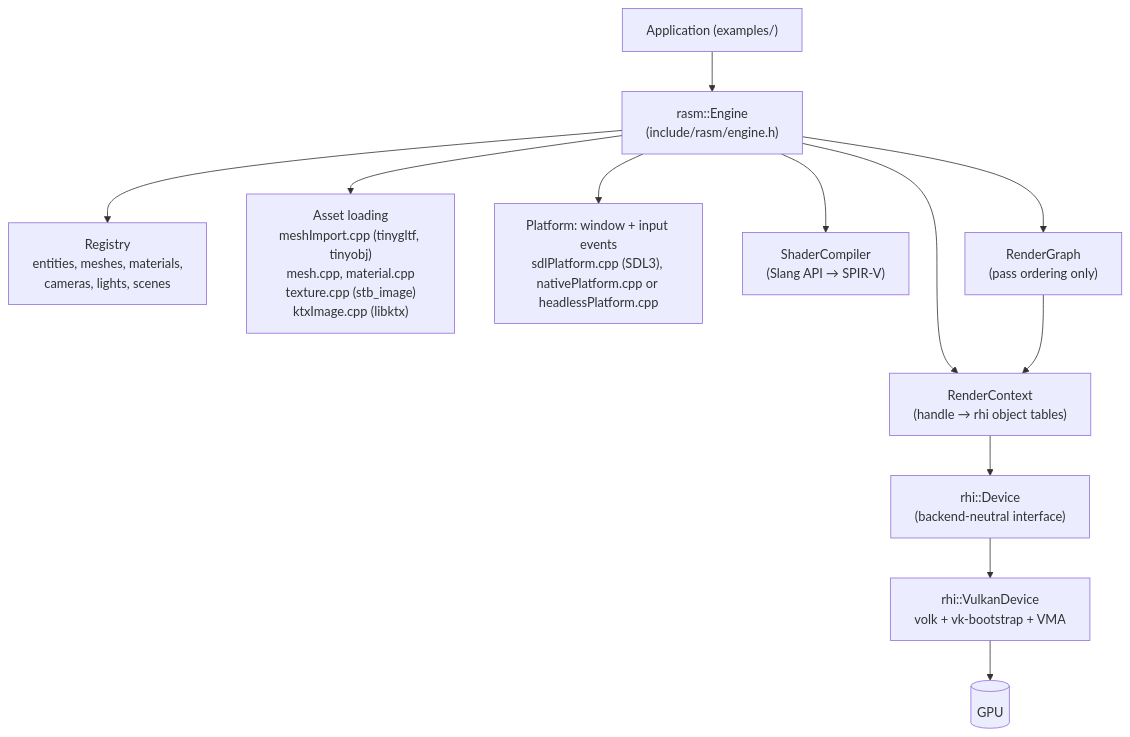
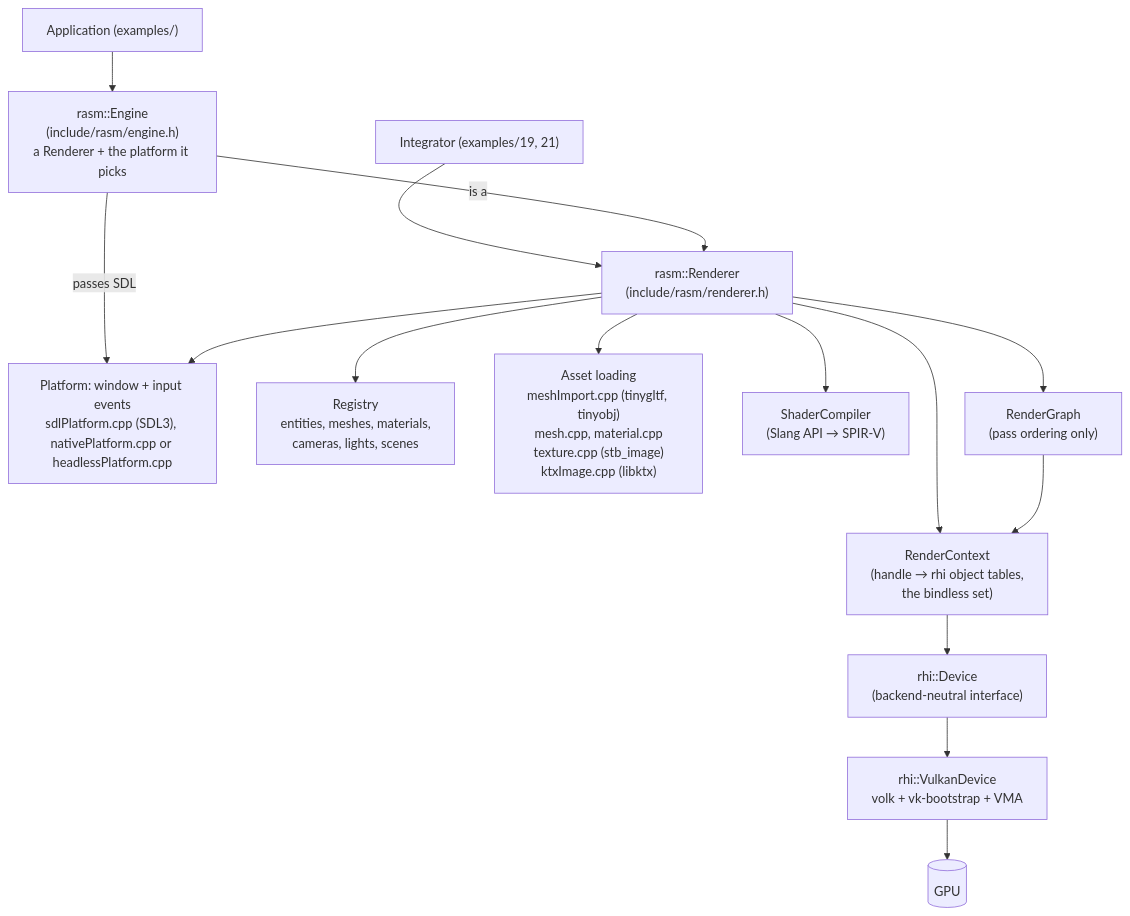
Before and after one commit to adel-elmala/rasm: the first of 3 diagrams in docs/architecture.md, drawn with Mermaid. The commit also changed other lines of this file and 143 other files, not shown here.

First line of the commit message:
feat: rasm::Renderer, the renderer without Engine (D3) (#91)

````diff
--- a/docs/architecture.md
+++ b/docs/architecture.md
@@ -9,14 +9,17 @@
 ```mermaid
 flowchart TD
-    App["Application (examples/)"] --> Engine["rasm::Engine<br/>(include/rasm/engine.h)"]
-    Engine --> Registry["Registry<br/>entities, meshes, materials,<br/>cameras, lights, scenes"]
-    Engine --> Assets["Asset loading<br/>meshImport.cpp (tinygltf, tinyobj)<br/>mesh.cpp, material.cpp<br/>texture.cpp (stb_image)<br/>ktxImage.cpp (libktx)"]
-    Engine --> Platform["Platform: window + input events<br/>sdlPlatform.cpp (SDL3), nativePlatform.cpp or headlessPlatform.cpp"]
-    Engine --> SC["ShaderCompiler<br/>(Slang API → SPIR-V)"]
-    Engine --> RG["RenderGraph<br/>(pass ordering only)"]
-    Engine --> RC["RenderContext<br/>(handle → rhi object tables)"]
+    App["Application (examples/)"] --> Engine["rasm::Engine<br/>(include/rasm/engine.h)<br/>a Renderer + the platform it picks"]
+    Integrator["Integrator (examples/19, 21)"] --> Renderer
+    Engine -- "is a" --> Renderer["rasm::Renderer<br/>(include/rasm/renderer.h)"]
+    Engine -- "passes SDL" --> Platform["Platform: window + input events<br/>sdlPlatform.cpp (SDL3), nativePlatform.cpp or headlessPlatform.cpp"]
+    Renderer --> Platform
+    Renderer --> Registry["Registry<br/>entities, meshes, materials,<br/>cameras, lights, scenes"]
+    Renderer --> Assets["Asset loading<br/>meshImport.cpp (tinygltf, tinyobj)<br/>mesh.cpp, material.cpp<br/>texture.cpp (stb_image)<br/>ktxImage.cpp (libktx)"]
+    Renderer --> SC["ShaderCompiler<br/>(Slang API → SPIR-V)"]
+    Renderer --> RG["RenderGraph<br/>(pass ordering only)"]
+    Renderer --> RC["RenderContext<br/>(handle → rhi object tables,<br/>the bindless set)"]
     RG --> RC
     RC --> DEV["rhi::Device<br/>(backend-neutral interface)"]
     DEV --> VK["rhi::VulkanDevice<br/>volk + vk-bootstrap + VMA"]
     VK --> GPU[(GPU)]
 ```
````
